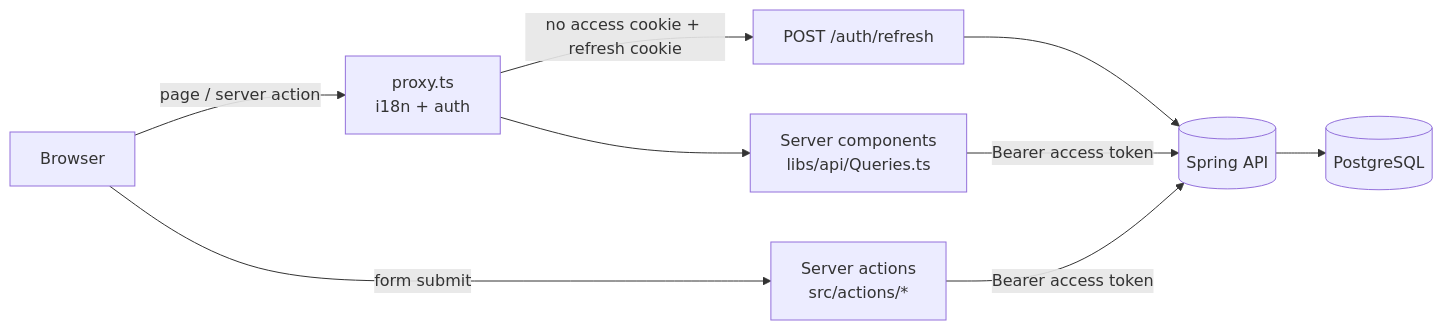
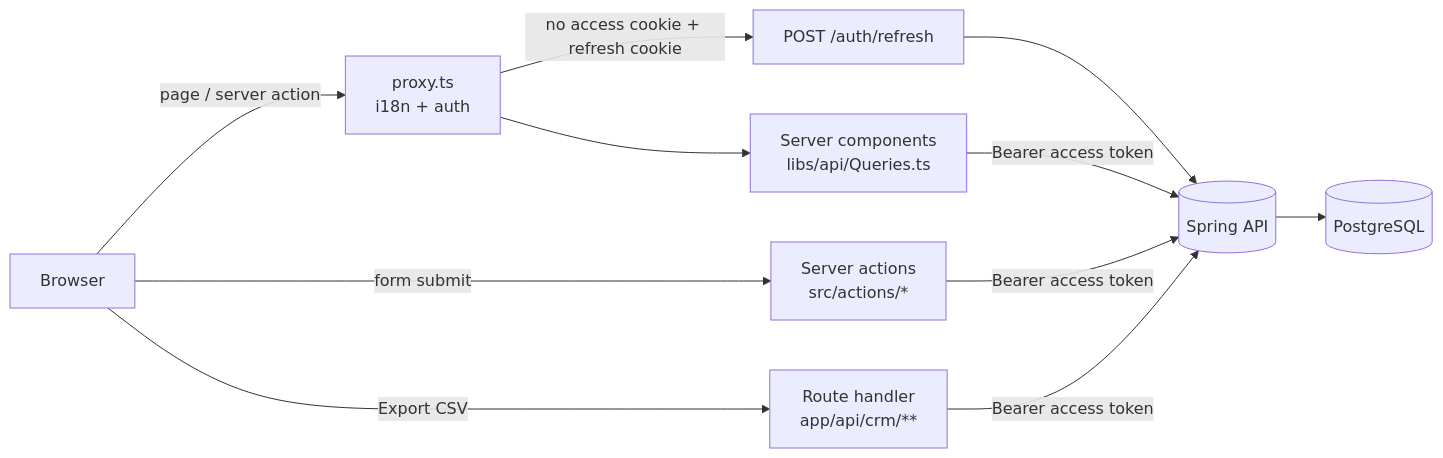
One commit to neszaDev/aureon-crm-web changed the diagram in docs/architecture.md. Above: the diagram before and after it, drawn with Mermaid. The commit also changed other lines of this file and 4 other files, not shown here.

````diff
--- a/docs/architecture.md
+++ b/docs/architecture.md
@@ -5,11 +5,13 @@
 ```mermaid
 flowchart LR
   B[Browser] -->|page / server action| P[proxy.ts<br/>i18n + auth]
   P -->|no access cookie + refresh cookie| R[POST /auth/refresh]
   P --> RSC[Server components<br/>libs/api/Queries.ts]
   B -->|form submit| SA[Server actions<br/>src/actions/*]
+  B -->|Export CSV| RH[Route handler<br/>app/api/crm/**]
   RSC -->|Bearer access token| API[(Spring API)]
   SA -->|Bearer access token| API
+  RH -->|Bearer access token| API
   R --> API
   API --> PG[(PostgreSQL)]
 ```
````
